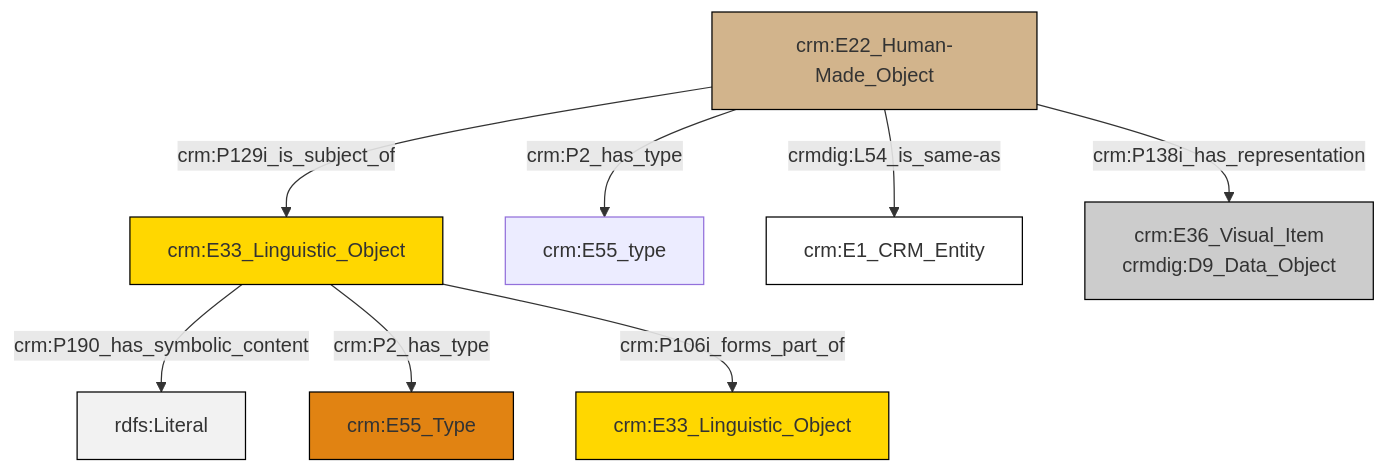
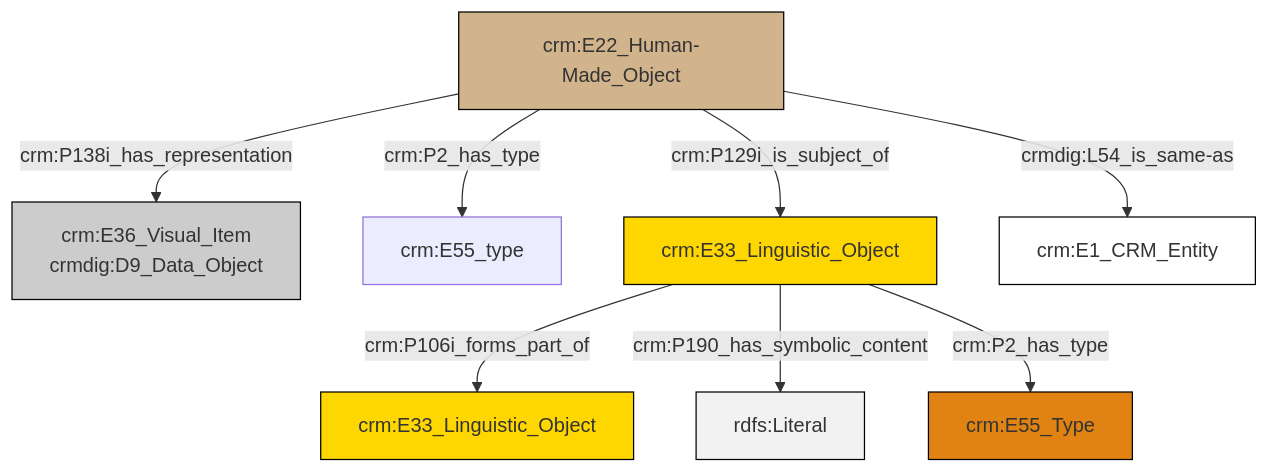
One commit to swiss-art-research-net/docs.swissartresearch changed the diagram in et/artworkCSV/ttl/mmd/Artwork_Documentation.ttl.mmd. Above: the diagram before and after it, drawn with Mermaid. The commit also changed 178 other files, not shown here.

```diff
--- a/et/artworkCSV/ttl/mmd/Artwork_Documentation.ttl.mmd
+++ b/et/artworkCSV/ttl/mmd/Artwork_Documentation.ttl.mmd
@@ -1,22 +1,22 @@
 graph TD
 classDef Literal fill:#f2f2f2,stroke:#000000;
 classDef CRM_Entity fill:#FFFFFF,stroke:#000000;
 classDef Temporal_Entity fill:#00C9E6, stroke:#000000;
 classDef Type fill:#E18312, stroke:#000000;
 classDef Time-Span fill:#2C9C91, stroke:#000000;
 classDef Appellation fill:#FFEB7F, stroke:#000000;
 classDef Place fill:#008836, stroke:#000000;
 classDef Persistent_Item fill:#B266B2, stroke:#000000;
 classDef Conceptual_Object fill:#FFD700, stroke:#000000;
 classDef Physical_Thing fill:#D2B48C, stroke:#000000;
 classDef Actor fill:#f58aad, stroke:#000000;
 classDef PC_Classes fill:#4ce600, stroke:#000000;
 classDef Multi fill:#cccccc,stroke:#000000;
 
-0["crm:E33_Linguistic_Object"]:::Conceptual_Object -->|crm:P190_has_symbolic_content| 1[rdfs:Literal]:::Literal
-0["crm:E33_Linguistic_Object"]:::Conceptual_Object -->|crm:P2_has_type| 6["crm:E55_Type"]:::Type
-8["crm:E22_Human-Made_Object"]:::Physical_Thing -->|crmdig:L54_is_same-as| 9["crm:E1_CRM_Entity"]:::CRM_Entity
-0["crm:E33_Linguistic_Object"]:::Conceptual_Object -->|crm:P106i_forms_part_of| 2["crm:E33_Linguistic_Object"]:::Conceptual_Object
-8["crm:E22_Human-Made_Object"]:::Physical_Thing -->|crm:P2_has_type| 4["crm:E55_type"]:::Default
-8["crm:E22_Human-Made_Object"]:::Physical_Thing -->|crm:P138i_has_representation| 10["crm:E36_Visual_Item<br>crmdig:D9_Data_Object"]:::Multi
-8["crm:E22_Human-Made_Object"]:::Physical_Thing -->|crm:P129i_is_subject_of| 0["crm:E33_Linguistic_Object"]:::Conceptual_Object
+2["crm:E22_Human-Made_Object"]:::Physical_Thing -->|crm:P138i_has_representation| 3["crm:E36_Visual_Item<br>crmdig:D9_Data_Object"]:::Multi
+8["crm:E33_Linguistic_Object"]:::Conceptual_Object -->|crm:P106i_forms_part_of| 4["crm:E33_Linguistic_Object"]:::Conceptual_Object
+2["crm:E22_Human-Made_Object"]:::Physical_Thing -->|crmdig:L54_is_same-as| 10["crm:E1_CRM_Entity"]:::CRM_Entity
+2["crm:E22_Human-Made_Object"]:::Physical_Thing -->|crm:P129i_is_subject_of| 8["crm:E33_Linguistic_Object"]:::Conceptual_Object
+2["crm:E22_Human-Made_Object"]:::Physical_Thing -->|crm:P2_has_type| 6["crm:E55_type"]:::Default
+8["crm:E33_Linguistic_Object"]:::Conceptual_Object -->|crm:P190_has_symbolic_content| 14[rdfs:Literal]:::Literal
+8["crm:E33_Linguistic_Object"]:::Conceptual_Object -->|crm:P2_has_type| 0["crm:E55_Type"]:::Type
```
